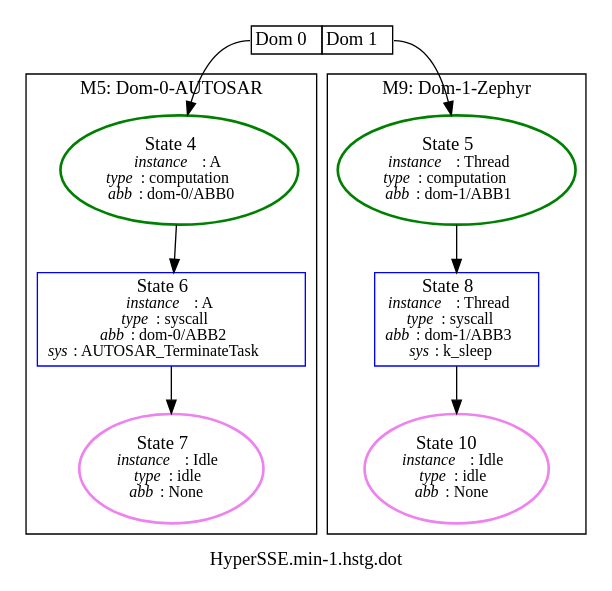
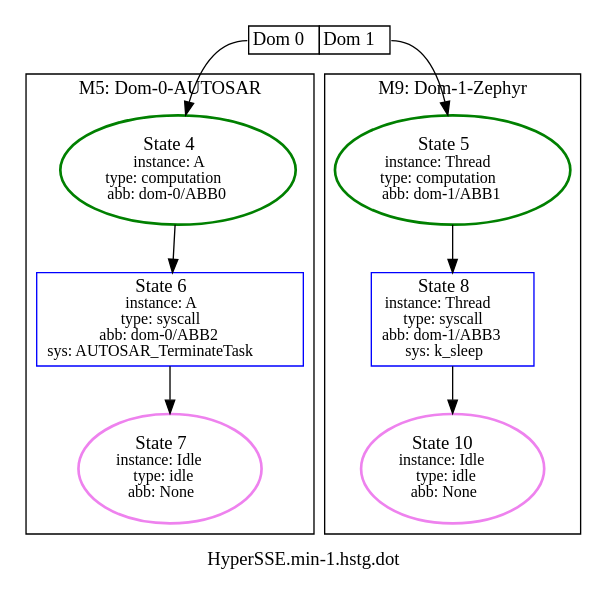
One commit to luhsra/ara changed the diagram in appl/Xen/min-1/HyperSSE.min-1.hstg.dot. Above: the diagram before and after it, drawn with Graphviz. The commit also changed 10 other files, not shown here.

```diff
--- a/appl/Xen/min-1/HyperSSE.min-1.hstg.dot
+++ b/appl/Xen/min-1/HyperSSE.min-1.hstg.dot
@@ -1,24 +1,24 @@
 digraph G {
 label="HyperSSE.min-1.hstg.dot";
 1 [label=<<TABLE BORDER="0" CELLBORDER="1" CELLSPACING="0"><TR><TD PORT="c0">Dom 0</TD><TD PORT="c1">Dom 1</TD></TR></TABLE>>, shape=plaintext, tooltip=1];
 subgraph cluster_5 {
 label="M5: Dom-0-AUTOSAR";
-2 [color=green, fontsize=14, label=<State 4<br/><font point-size='12'><i>instance</i>: A<br/><i>type</i>: computation<br/><i>abb</i>: dom-0/ABB0</font>>, style=bold, tooltip=2];
-3 [color=blue, fontsize=14, label=<State 6<br/><font point-size='12'><i>instance</i>: A<br/><i>type</i>: syscall<br/><i>abb</i>: dom-0/ABB2<br/><i>sys</i>: AUTOSAR_TerminateTask</font>>, shape=box, tooltip=3];
-4 [color=violet, fontsize=14, label=<State 7<br/><font point-size='12'><i>instance</i>: Idle<br/><i>type</i>: idle<br/><i>abb</i>: None</font>>, style=bold, tooltip=4];
+2 [color=green, fontsize=14, label=<State 4<br/><font point-size='12'>instance: A<br/>type: computation<br/>abb: dom-0/ABB0</font>>, style=bold, tooltip=2];
+3 [color=blue, fontsize=14, label=<State 6<br/><font point-size='12'>instance: A<br/>type: syscall<br/>abb: dom-0/ABB2<br/>sys: AUTOSAR_TerminateTask</font>>, shape=box, tooltip=3];
+4 [color=violet, fontsize=14, label=<State 7<br/><font point-size='12'>instance: Idle<br/>type: idle<br/>abb: None</font>>, style=bold, tooltip=4];
 }
 
 subgraph cluster_9 {
 label="M9: Dom-1-Zephyr";
-8 [color=violet, fontsize=14, label=<State 10<br/><font point-size='12'><i>instance</i>: Idle<br/><i>type</i>: idle<br/><i>abb</i>: None</font>>, style=bold, tooltip=8];
-6 [color=green, fontsize=14, label=<State 5<br/><font point-size='12'><i>instance</i>: Thread<br/><i>type</i>: computation<br/><i>abb</i>: dom-1/ABB1</font>>, style=bold, tooltip=6];
-7 [color=blue, fontsize=14, label=<State 8<br/><font point-size='12'><i>instance</i>: Thread<br/><i>type</i>: syscall<br/><i>abb</i>: dom-1/ABB3<br/><i>sys</i>: k_sleep</font>>, shape=box, tooltip=7];
+8 [color=violet, fontsize=14, label=<State 10<br/><font point-size='12'>instance: Idle<br/>type: idle<br/>abb: None</font>>, style=bold, tooltip=8];
+6 [color=green, fontsize=14, label=<State 5<br/><font point-size='12'>instance: Thread<br/>type: computation<br/>abb: dom-1/ABB1</font>>, style=bold, tooltip=6];
+7 [color=blue, fontsize=14, label=<State 8<br/><font point-size='12'>instance: Thread<br/>type: syscall<br/>abb: dom-1/ABB3<br/>sys: k_sleep</font>>, shape=box, tooltip=7];
 }
 
 1:c0 -> 2  [color=black];
 1:c1 -> 6  [color=black];
 2 -> 3  [color=black];
 3 -> 4  [color=black];
 6 -> 7  [color=black];
 7 -> 8  [color=black];
 }
```
